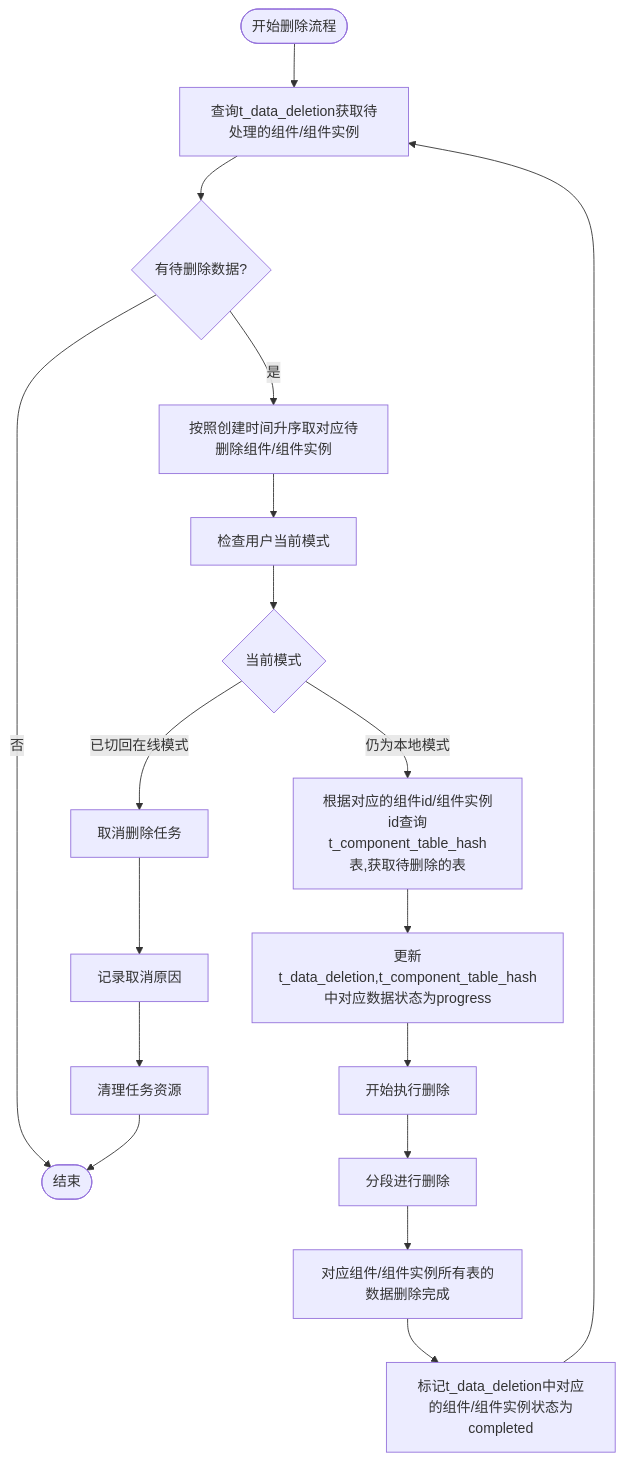
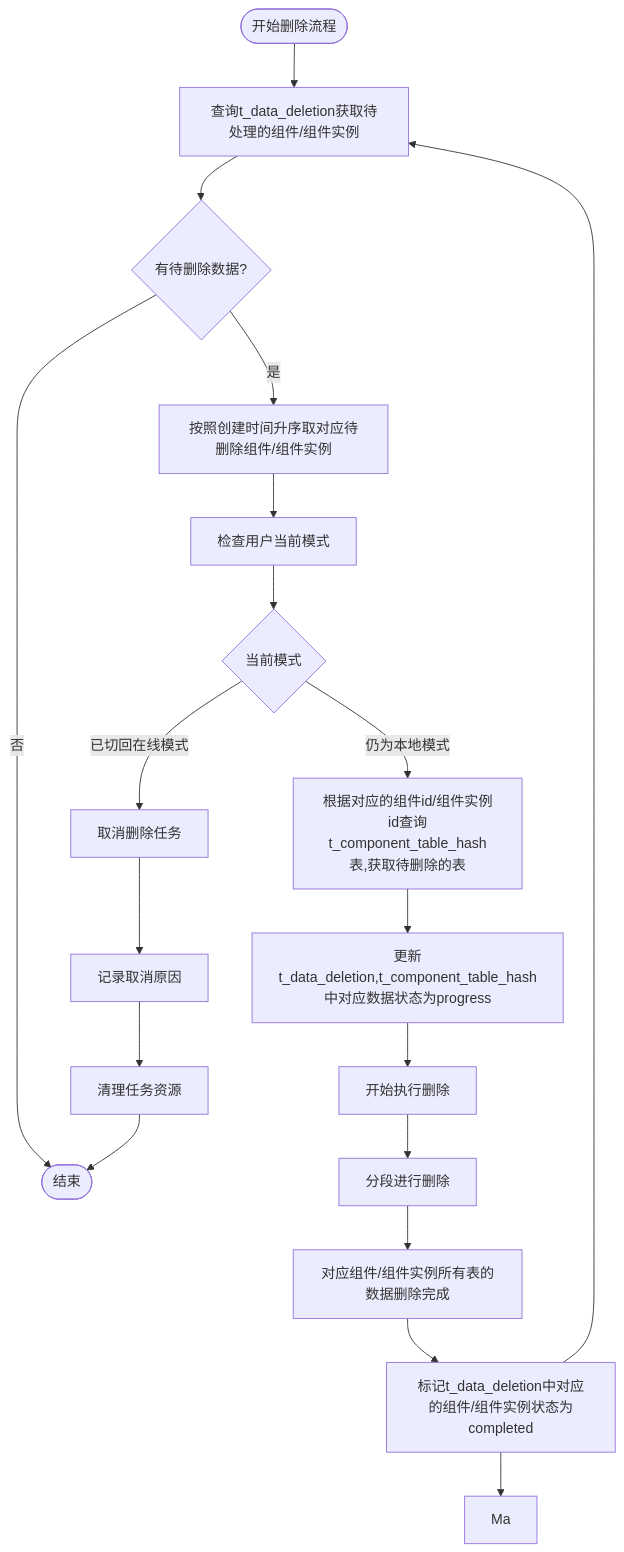
The diagram in all/未命名-51.md (yingjianzh/iodraw-files), drawn with Mermaid before and after one commit.

Commit message:
2025-05-08 15:48:29 update

````diff
--- a/all/未命名-51.md
+++ b/all/未命名-51.md
@@ -1,28 +1,30 @@
 ```mermaid
 flowchart TD
     Start([开始删除流程]) --> FetchTasks[查询t_data_deletion获取待处理的组件/组件实例]
     FetchTasks --> HasTasks{有待删除数据?}
     
     HasTasks -->|否| End([结束])
     HasTasks -->|是| PrioritizeTasks[按照创建时间升序取对应待删除组件/组件实例]
     
     PrioritizeTasks --> CheckUserMode[检查用户当前模式]
     
     CheckUserMode --> CurrentMode{当前模式}
     CurrentMode -->|已切回在线模式| TaskCancel[取消删除任务]
     CurrentMode -->|仍为本地模式| LockTask[根据对应的组件id/组件实例id查询t_component_table_hash表,获取待删除的表]
     
     LockTask --> UpdateStatus[更新t_data_deletion,t_component_table_hash中对应数据状态为progress]
     UpdateStatus --> BeginDeletion[开始执行删除]
     
     BeginDeletion --> A[分段进行删除]
     
     A --> B[对应组件/组件实例所有表的数据删除完成]
     B --> MarkCompleted[标记t_data_deletion中对应的组件/组件实例状态为completed]
-    MarkCompleted
+    
+    MarkCompleted --> Ma
+    
     TaskCancel --> LogCancellation[记录取消原因]
     LogCancellation --> CleanupTask[清理任务资源]
     
     MarkCompleted --> FetchTasks
     CleanupTask --> End
 ```
````
